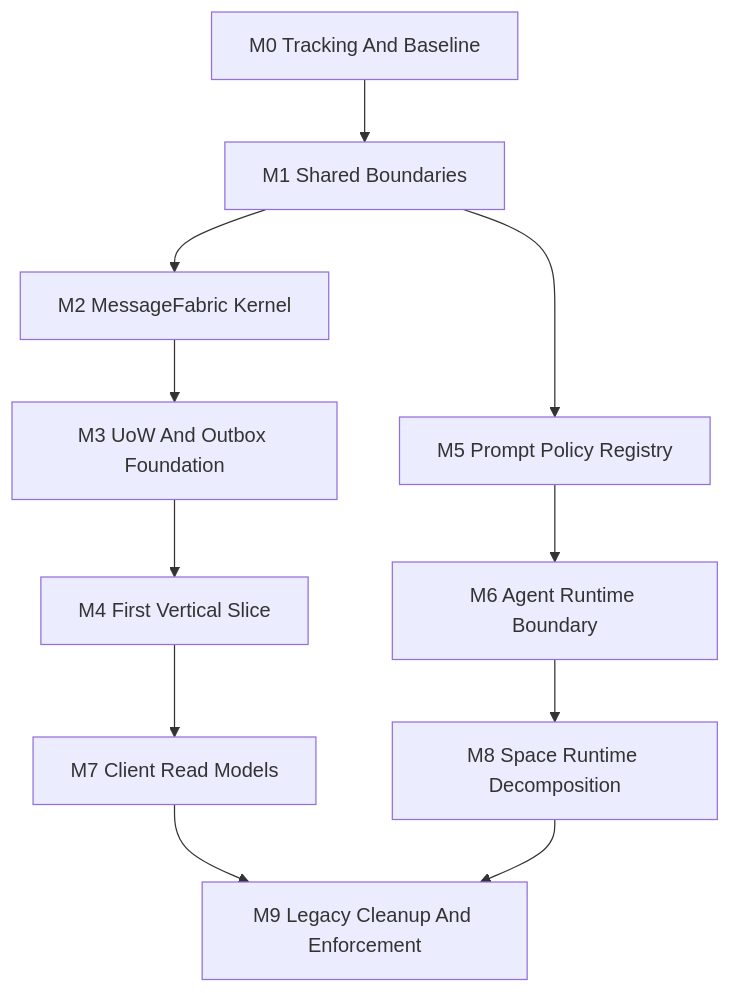
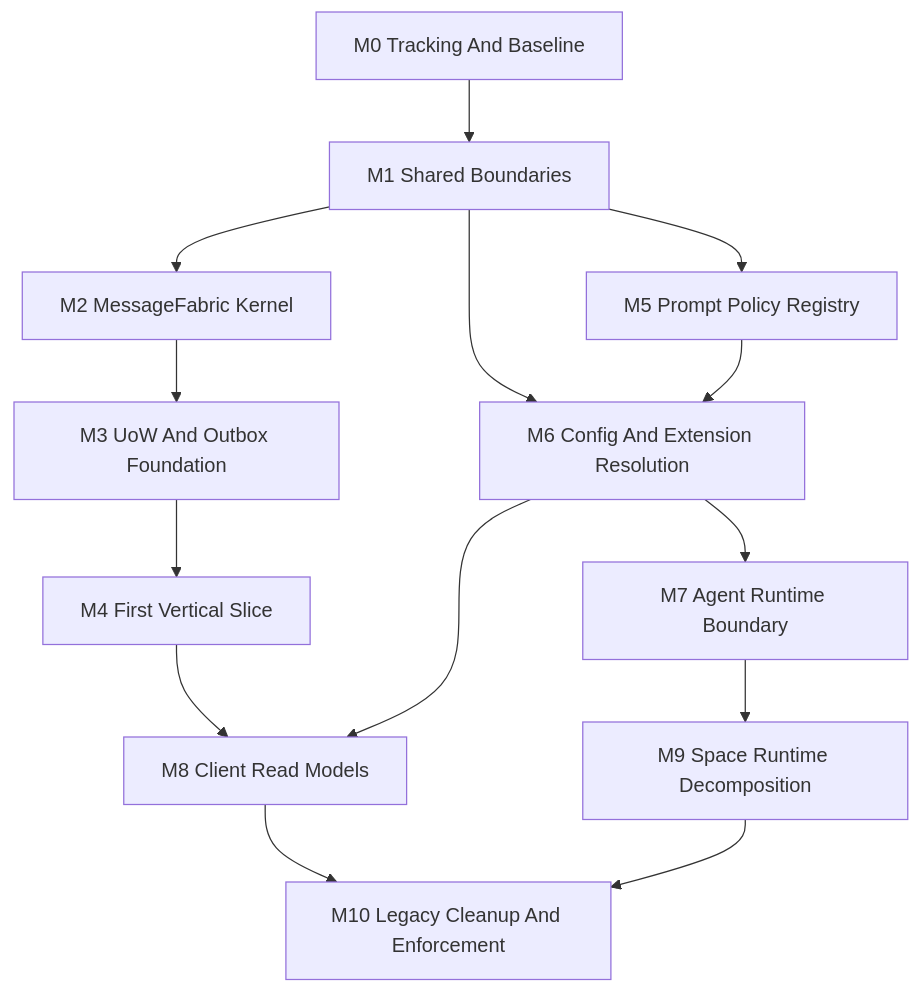
Before and after one commit to lsm/HyperNeo: the diagram in docs/plans/architecture-refactor-execution-plan/00-overview.md, drawn with Mermaid. The commit also changed other lines of this file and 4 other files, not shown here.

Commit message:
docs: add configuration and extension architecture

````diff
--- a/docs/plans/architecture-refactor-execution-plan/00-overview.md
+++ b/docs/plans/architecture-refactor-execution-plan/00-overview.md
@@ -101,24 +102,28 @@
 ```mermaid
 flowchart TD
   M0["M0 Tracking And Baseline"]
   M1["M1 Shared Boundaries"]
   M2["M2 MessageFabric Kernel"]
   M3["M3 UoW And Outbox Foundation"]
   M4["M4 First Vertical Slice"]
   M5["M5 Prompt Policy Registry"]
-  M6["M6 Agent Runtime Boundary"]
-  M7["M7 Client Read Models"]
-  M8["M8 Space Runtime Decomposition"]
-  M9["M9 Legacy Cleanup And Enforcement"]
+  M6["M6 Config And Extension Resolution"]
+  M7["M7 Agent Runtime Boundary"]
+  M8["M8 Client Read Models"]
+  M9["M9 Space Runtime Decomposition"]
+  M10["M10 Legacy Cleanup And Enforcement"]
 
   M0 --> M1
   M1 --> M2
   M1 --> M5
+  M1 --> M6
   M2 --> M3
   M3 --> M4
-  M4 --> M7
+  M4 --> M8
   M5 --> M6
+  M6 --> M7
   M6 --> M8
   M7 --> M9
-  M8 --> M9
+  M8 --> M10
+  M9 --> M10
 ```
````
